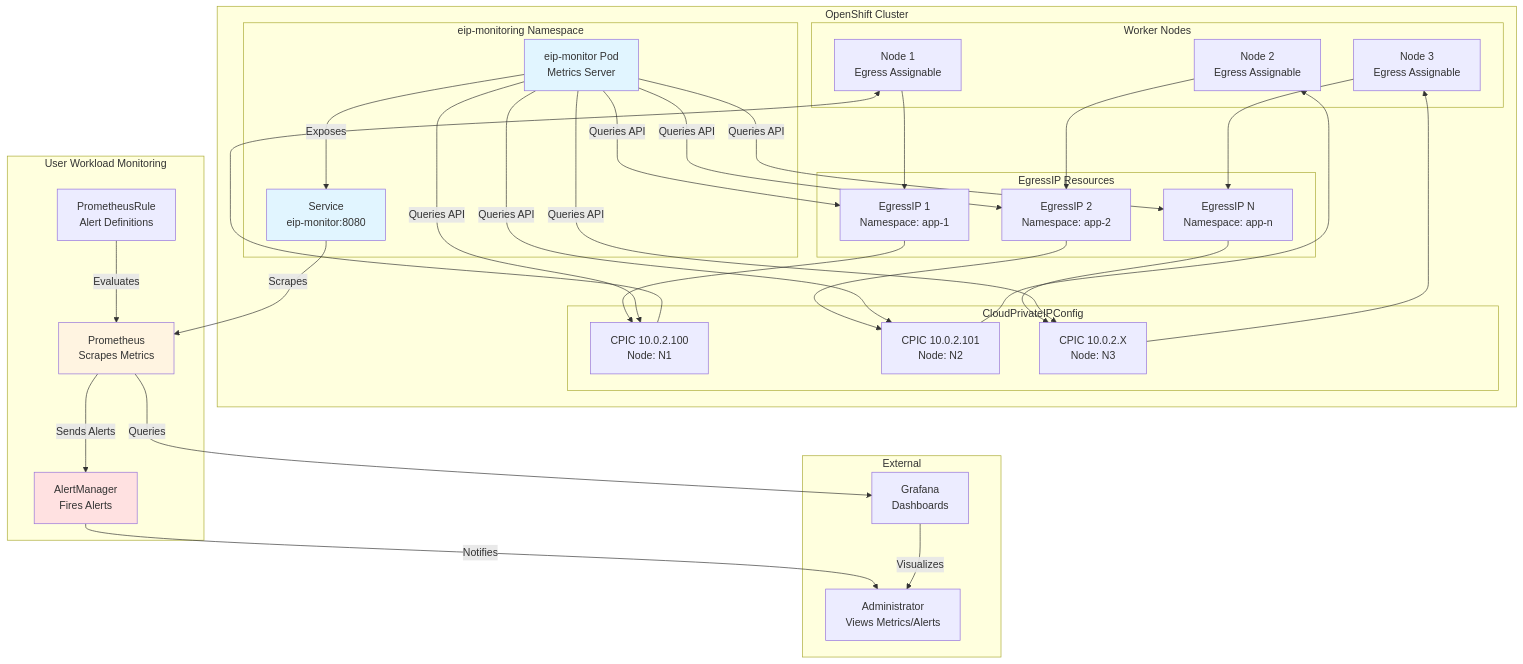
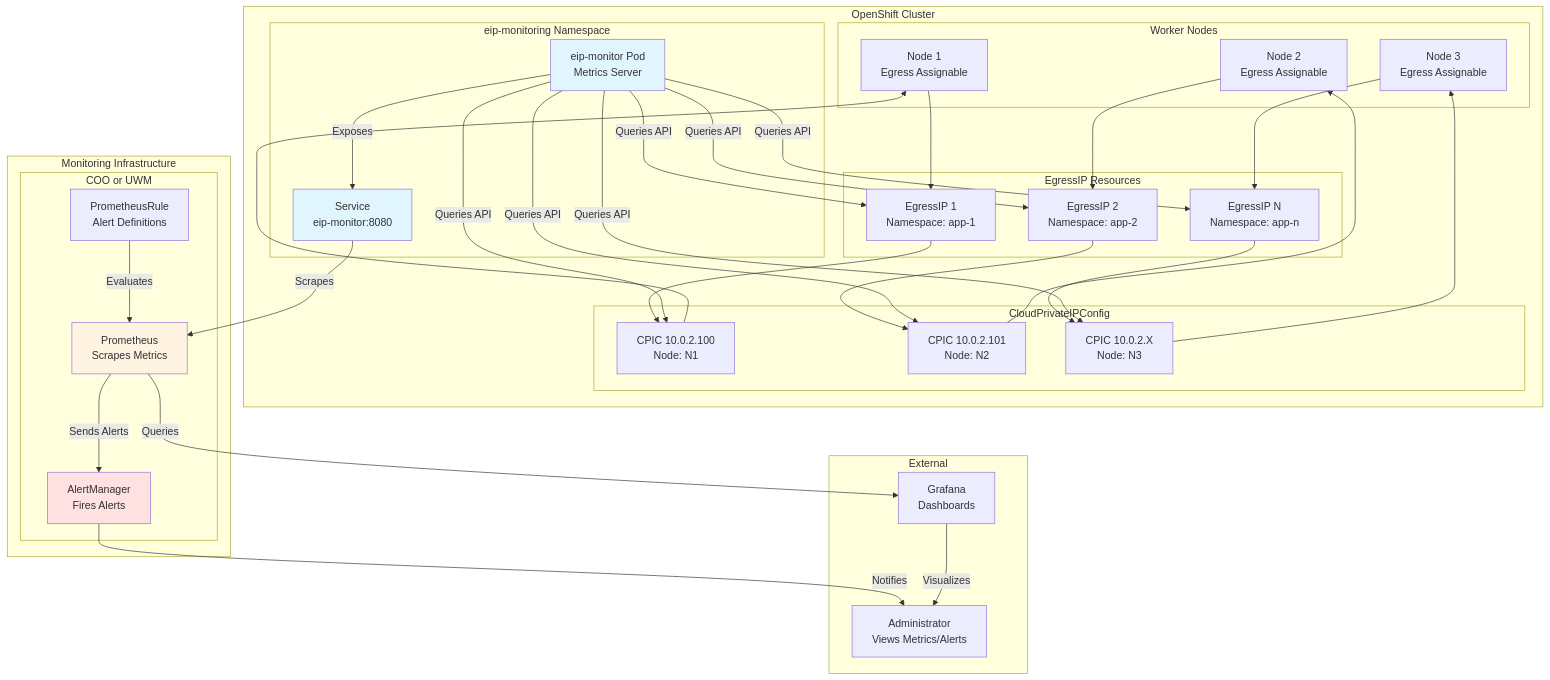
Before and after one commit to rh-john/ocp-eip-monitoring: the diagram in README.md, drawn with Mermaid. The commit also changed other lines of this file and 2 other files, not shown here.

First line of the commit message:
docs: Update documentation to include both COO and UWM monitoring options

````diff
--- a/README.md
+++ b/README.md
@@ -29,70 +29,72 @@
 ```mermaid
 graph TB
     subgraph "OpenShift Cluster"
         subgraph "Worker Nodes"
             N1[Node 1<br/>Egress Assignable]
             N2[Node 2<br/>Egress Assignable]
             N3[Node 3<br/>Egress Assignable]
         end
         
         subgraph "EgressIP Resources"
             EIP1[EgressIP 1<br/>Namespace: app-1]
             EIP2[EgressIP 2<br/>Namespace: app-2]
             EIPN[EgressIP N<br/>Namespace: app-n]
         end
         
         subgraph "CloudPrivateIPConfig"
             CPIC1[CPIC 10.0.2.100<br/>Node: N1]
             CPIC2[CPIC 10.0.2.101<br/>Node: N2]
             CPICN[CPIC 10.0.2.X<br/>Node: N3]
         end
         
         subgraph "eip-monitoring Namespace"
             MONITOR[eip-monitor Pod<br/>Metrics Server]
             SERVICE[Service<br/>eip-monitor:8080]
         end
     end
     
-    subgraph "User Workload Monitoring"
-        PROM[Prometheus<br/>Scrapes Metrics]
-        AM[AlertManager<br/>Fires Alerts]
-        RULES[PrometheusRule<br/>Alert Definitions]
+    subgraph "Monitoring Infrastructure"
+        subgraph "COO or UWM"
+            PROM[Prometheus<br/>Scrapes Metrics]
+            AM[AlertManager<br/>Fires Alerts]
+            RULES[PrometheusRule<br/>Alert Definitions]
+        end
     end
     
     subgraph "External"
         USER[Administrator<br/>Views Metrics/Alerts]
         GRAFANA[Grafana<br/>Dashboards]
     end
     
     N1 --> EIP1
     N2 --> EIP2
     N3 --> EIPN
     
     EIP1 --> CPIC1
     EIP2 --> CPIC2
     EIPN --> CPICN
     
     CPIC1 --> N1
     CPIC2 --> N2
     CPICN --> N3
     
     MONITOR -->|Queries API| EIP1
     MONITOR -->|Queries API| EIP2
     MONITOR -->|Queries API| EIPN
     MONITOR -->|Queries API| CPIC1
     MONITOR -->|Queries API| CPIC2
     MONITOR -->|Queries API| CPICN
     
     MONITOR -->|Exposes| SERVICE
     SERVICE -->|Scrapes| PROM
     RULES -->|Evaluates| PROM
     PROM -->|Sends Alerts| AM
     AM -->|Notifies| USER
     PROM -->|Queries| GRAFANA
     GRAFANA -->|Visualizes| USER
     
     style MONITOR fill:#e1f5ff
     style PROM fill:#fff4e1
     style AM fill:#ffe1e1
     style SERVICE fill:#e1f5ff
 ```
````
